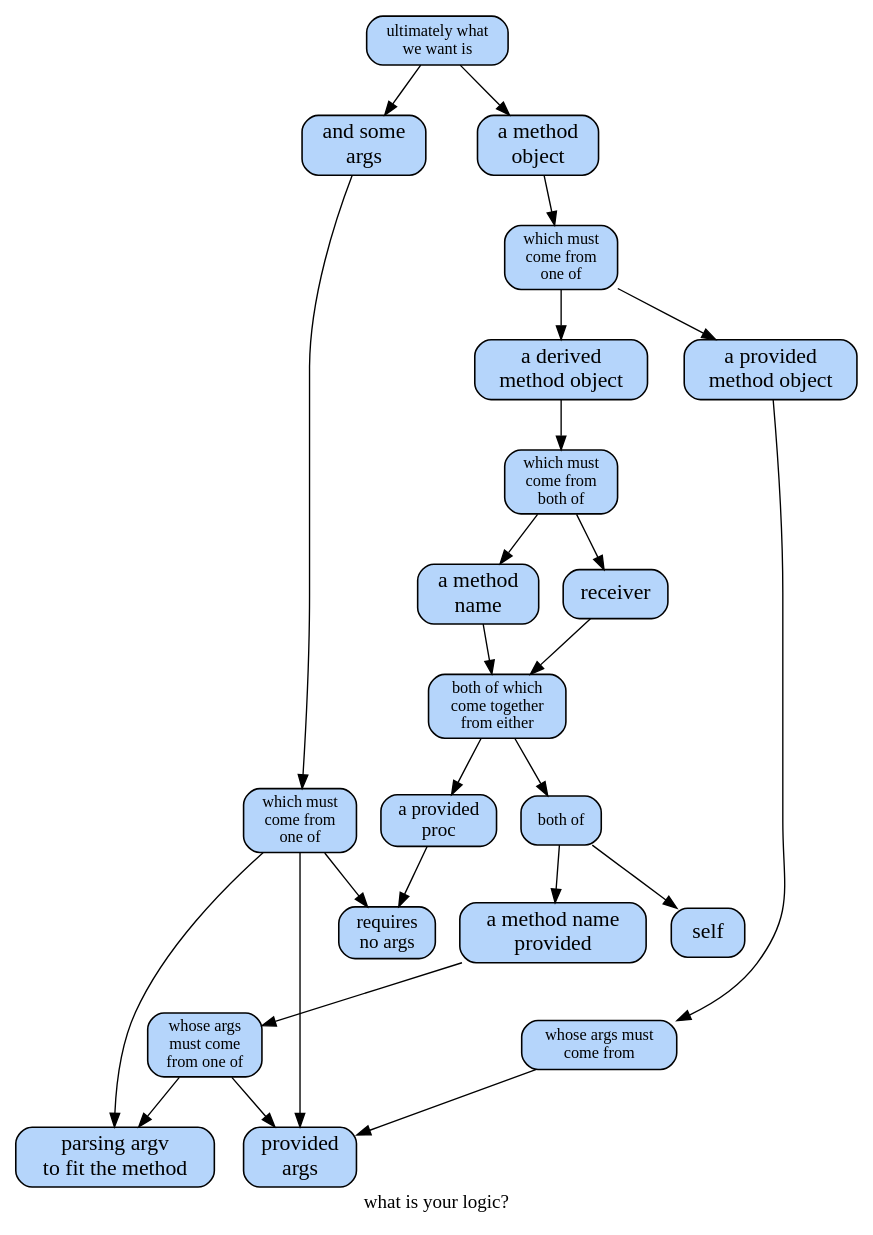
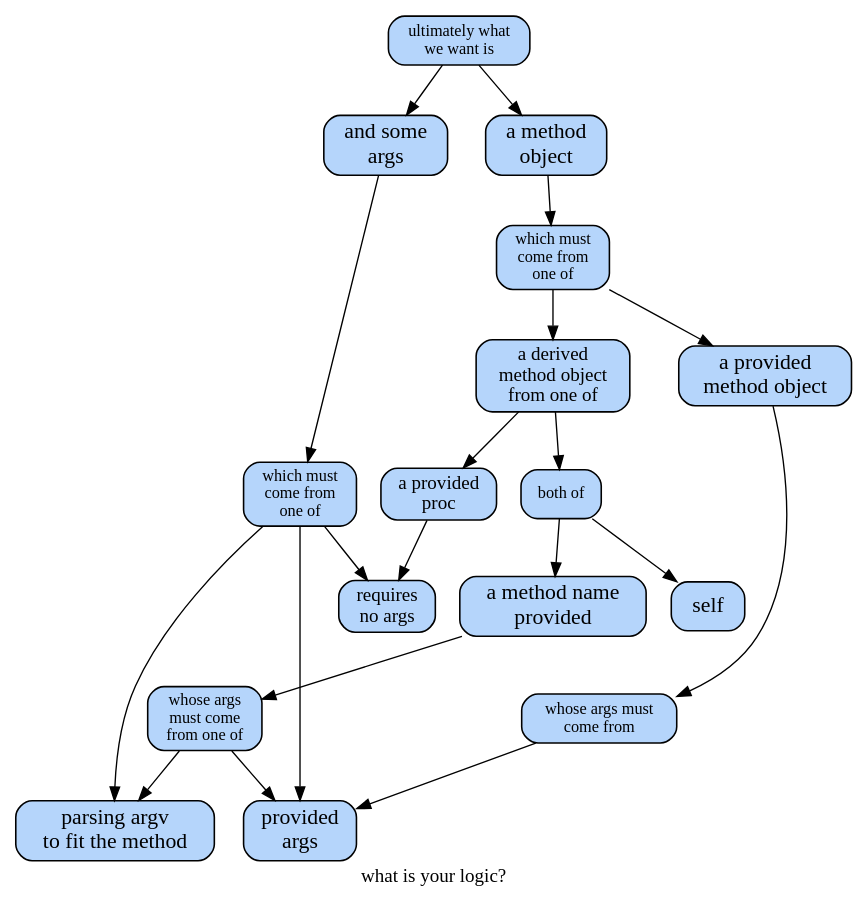
Before and after one commit to hipe/tmx: the diagram in lib/skylab/headless/doc/logix.dot, drawn with Graphviz.

Commit message:
[#logix] (4 of 4) - that was neat. we implemented it from this yay

```diff
--- a/lib/skylab/headless/doc/logix.dot
+++ b/lib/skylab/headless/doc/logix.dot
@@ -1,66 +1,57 @@
 # created by tan-man on 2013-02-02 08:00:09 UTC
 
 digraph {
 
 /*
   example stmt_list:
     foo -> bar
     biff -> baz
 
   example node_stmt:
     learn_c [label="learn C somehow"]
 */
 
 label="what is your logic?"
 
 #                 blue : fillcolor="#b5d5fb"
 #             finished : green
 #                green : fillcolor="#79f233"
 
 
 node [label="\N", style="filled", fillcolor="#b5d5fb", fontname="Futura", fontsize="16pt", penwidth="1.1566", shape="Mrecord"]
 
 args_na [label="requires\nno args", fontsize="14pt"]
 args_prov [label="provided\nargs"]
 args_branch [label="which must\ncome from\none of", fontsize="12pt"]
 argv [label="parsing argv\nto fit the method"]
 method [label="a method\nobject"]
+meth_branch [label="which must\ncome from\none of", fontsize="12pt"]
 args [label="and some\nargs"]
-meth_branch [label="which must\ncome from\none of", fontsize="12pt"]
-meth_derived [label="a derived\nmethod object"]
-meth_derived_branch [label="which must\ncome from\nboth of", fontsize="12pt"]
-meth_derived_join [label="both of which\ncome together\nfrom either", fontsize="12pt"]
-meth_name [label="a method\nname"]
+meth_derived_join [label="a derived\nmethod object\nfrom one of", fontsize="14pt"]
 meth_name_prov [label="a method name\nprovided"]
 meth_name_prov_args [label="whose args\nmust come\nfrom one of", fontsize="12pt"]
 meth_prov [label="a provided\nmethod object"]
 meth_prov_args_branch [label="whose args must\ncome from", fontsize="12pt"]
-meth_receiver [label="receiver"]
 proc_prov [label="a provided\nproc", fontsize="14pt"]
 self_meth [label="both of", fontsize="12pt"]
 ultimately [label="ultimately what\nwe want is", fontsize="12pt"]
 args->args_branch
 args_branch->args_na
 args_branch->args_prov
 args_branch->argv
 method->meth_branch
-meth_branch->meth_derived
+meth_branch->meth_derived_join
 meth_branch->meth_prov
-meth_derived->meth_derived_branch
-meth_derived_branch->meth_receiver
-meth_derived_branch->meth_name
 meth_derived_join->proc_prov
 meth_derived_join->self_meth
 proc_prov->args_na
 meth_name_prov->meth_name_prov_args
 meth_prov->meth_prov_args_branch
 meth_prov_args_branch->args_prov
-meth_receiver->meth_derived_join
-meth_name->meth_derived_join
 meth_name_prov_args->argv
 meth_name_prov_args->args_prov
 self_meth->meth_name_prov
 self_meth->self
 ultimately->method
 ultimately->args
 }
```
